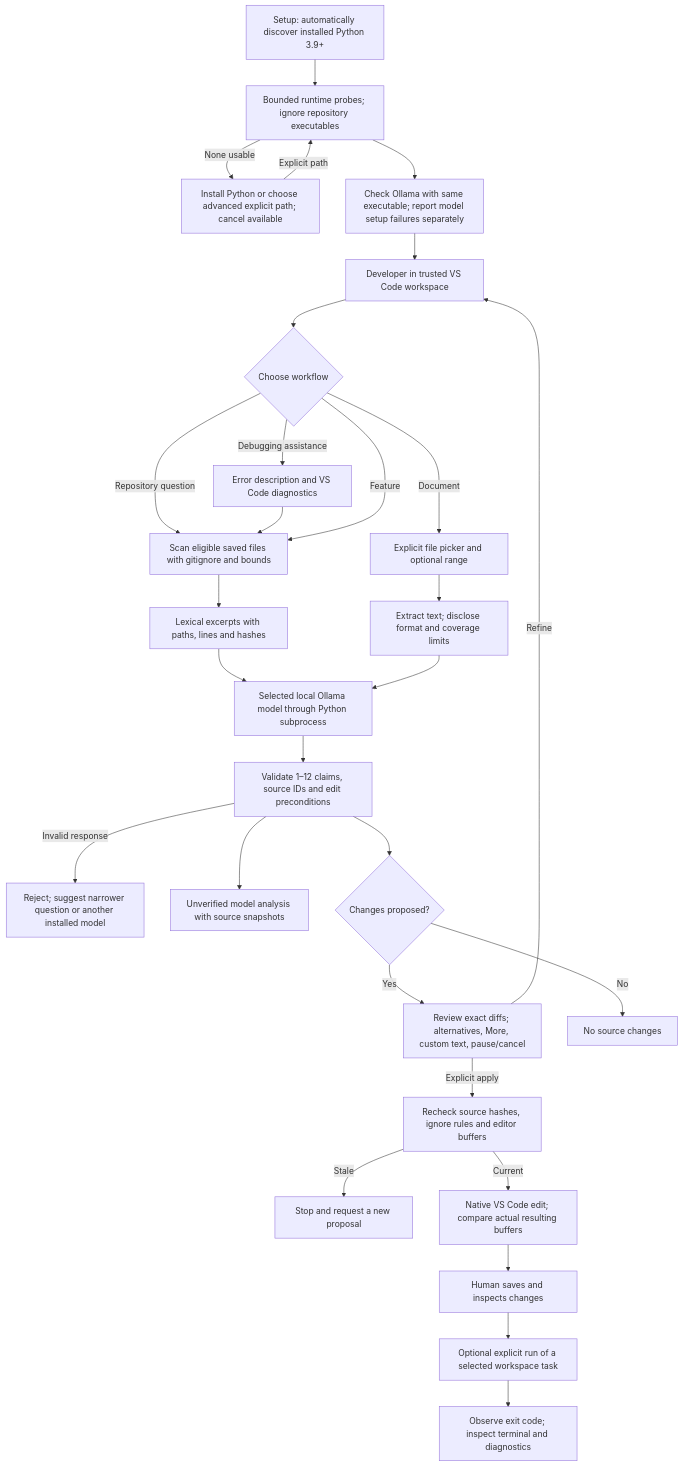
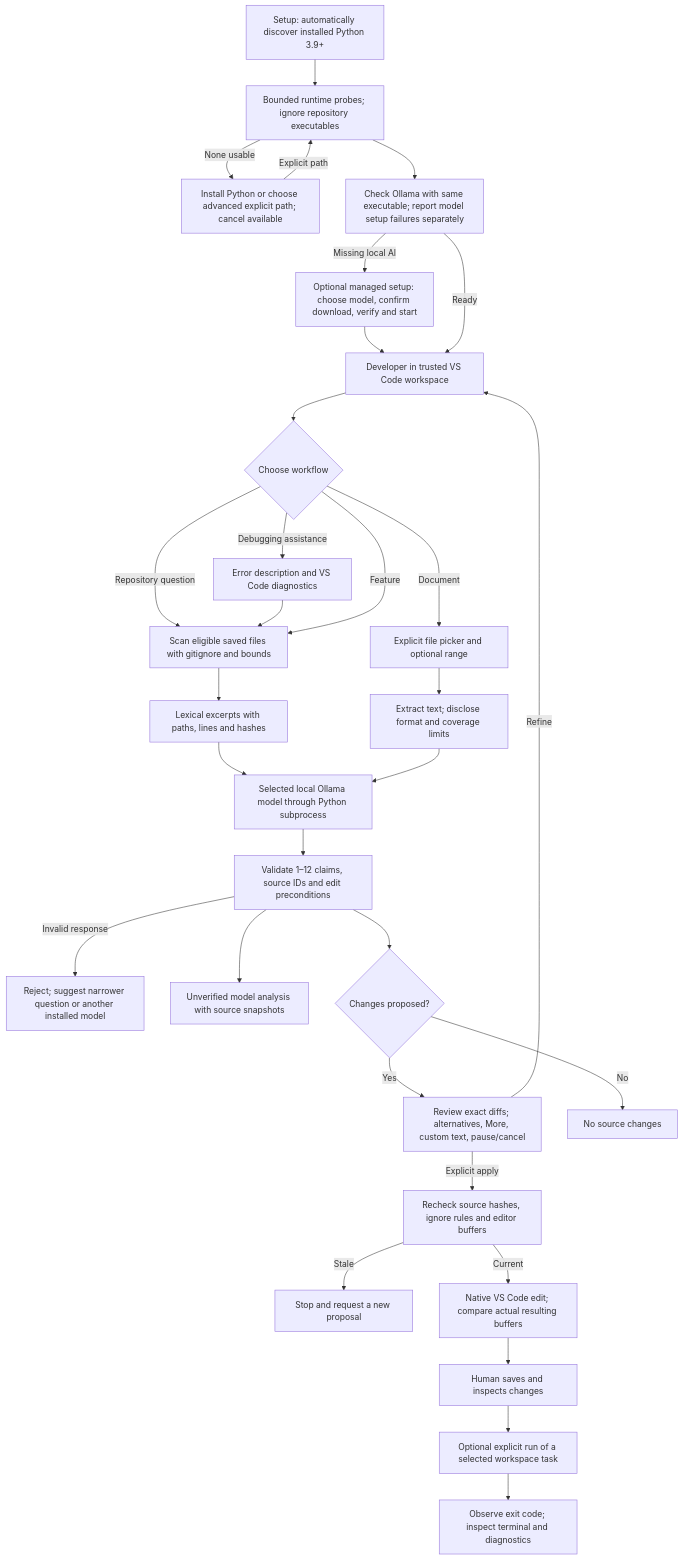
The diagram in docs/vscode.md (KrishnendraPrakash/thread), drawn with Mermaid before and after one commit. The commit also changed other lines of this file and 25 other files, not shown here.

````diff
--- a/docs/vscode.md
+++ b/docs/vscode.md
@@ -102,31 +102,33 @@
 ```mermaid
 flowchart TD
     Setup["Setup: automatically discover installed Python 3.9+"] --> Probe["Bounded runtime probes; ignore repository executables"]
     Probe -->|None usable| Advanced["Install Python or choose advanced explicit path; cancel available"]
     Advanced -->|Explicit path| Probe
     Probe --> Models["Check Ollama with same executable; report model setup failures separately"]
-    Models --> User["Developer in trusted VS Code workspace"]
+    Models -->|Missing local AI| Managed["Optional managed setup: choose model, confirm download, verify and start"]
+    Managed --> User["Developer in trusted VS Code workspace"]
+    Models -->|Ready| User
     User --> Mode{"Choose workflow"}
     Mode -->|Repository question| Scan["Scan eligible saved files with gitignore and bounds"]
     Mode -->|Debugging assistance| Diagnostics["Error description and VS Code diagnostics"]
     Diagnostics --> Scan
     Mode -->|Feature| Scan
     Mode -->|Document| Pick["Explicit file picker and optional range"]
     Pick --> Extract["Extract text; disclose format and coverage limits"]
     Scan --> Retrieve["Lexical excerpts with paths, lines and hashes"]
     Retrieve --> Local["Selected local Ollama model through Python subprocess"]
     Extract --> Local
     Local --> Validate["Validate 1–12 claims, source IDs and edit preconditions"]
     Validate -->|Invalid response| Invalid["Reject; suggest narrower question or another installed model"]
     Validate --> Answer["Unverified model analysis with source snapshots"]
     Validate --> Proposal{"Changes proposed?"}
     Proposal -->|Yes| Review["Review exact diffs; alternatives, More, custom text, pause/cancel"]
     Review -->|Refine| User
     Review -->|Explicit apply| Fresh["Recheck source hashes, ignore rules and editor buffers"]
     Fresh -->|Stale| Stop["Stop and request a new proposal"]
     Fresh -->|Current| Apply["Native VS Code edit; compare actual resulting buffers"]
     Apply --> Human["Human saves and inspects changes"]
     Human --> Task["Optional explicit run of a selected workspace task"]
     Task --> Result["Observe exit code; inspect terminal and diagnostics"]
     Proposal -->|No| Done["No source changes"]
 ```
````
